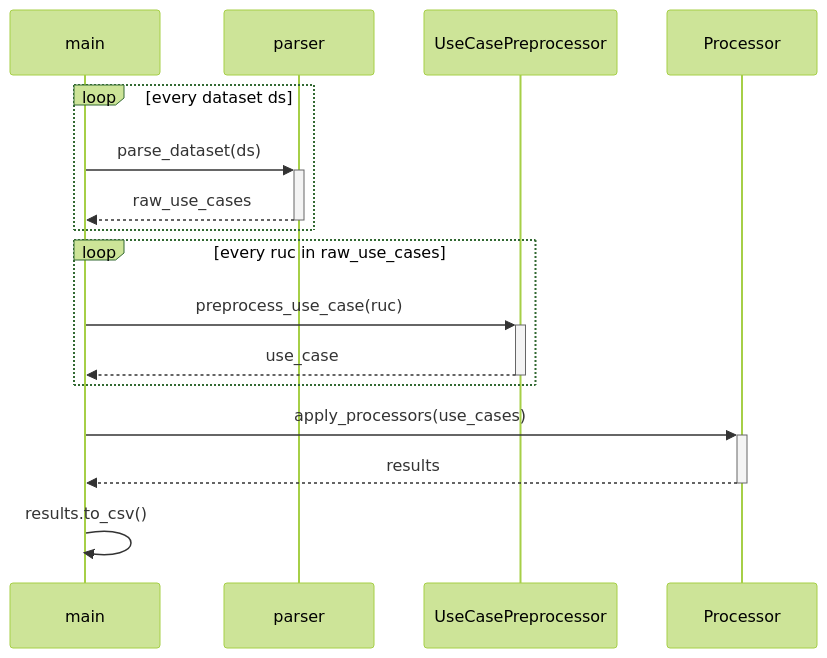
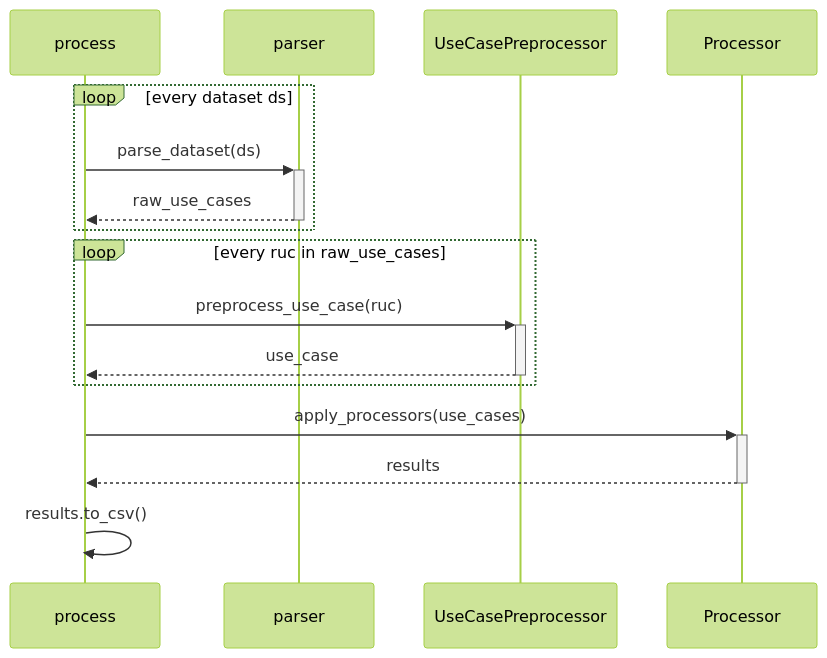
One commit to JulianFrattini/rq4tlr changed the diagram in src/automatic/README.md. Above: the diagram before and after it, drawn with Mermaid (forest theme). The commit also changed other lines of this file and 65 other files, not shown here.

````diff
--- a/src/automatic/README.md
+++ b/src/automatic/README.md
@@ -16,22 +16,22 @@
 ```mermaid
 sequenceDiagram
-    participant main
+    participant process
     participant parse as parser
     participant prep as UseCasePreprocessor
     participant proc as Processor
 
     loop every dataset ds
-        main->>+parse: parse_dataset(ds)
-        parse-->>-main: raw_use_cases
+        process->>+parse: parse_dataset(ds)
+        parse-->>-process: raw_use_cases
     end
 
     loop every ruc in raw_use_cases
-        main ->>+ prep: preprocess_use_case(ruc)
-        prep -->>- main: use_case
+        process ->>+ prep: preprocess_use_case(ruc)
+        prep -->>- process: use_case
     end
 
-    main ->>+ proc: apply_processors(use_cases)
-    proc -->>- main: results
+    process ->>+ proc: apply_processors(use_cases)
+    proc -->>- process: results
 
-    main ->>+ main: results.to_csv()
+    process ->>+ process: results.to_csv()
 ```
````
